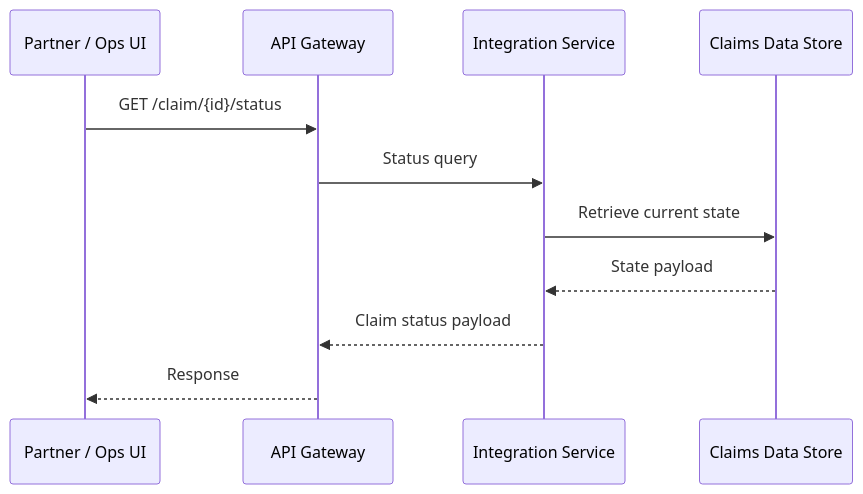
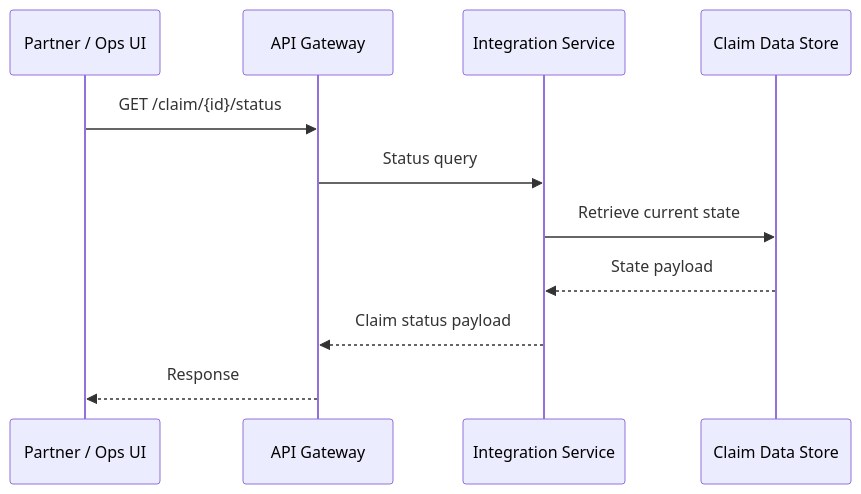
The fourth of 7 diagrams in HLD.md (srinivma1/awesome-copilot), drawn with Mermaid before and after one commit. The commit also changed other lines of this file, not shown here.

````diff
--- a/HLD.md
+++ b/HLD.md
@@ -573,13 +573,13 @@
 ```mermaid
 sequenceDiagram
     participant UI as Partner / Ops UI
     participant GW as API Gateway
     participant S as Integration Service
-    participant DB as Claims Data Store
+    participant DB as Claim Data Store
     UI->>GW: GET /claim/{id}/status
     GW->>S: Status query
     S->>DB: Retrieve current state
     DB-->>S: State payload
     S-->>GW: Claim status payload
     GW-->>UI: Response
 ```
````
